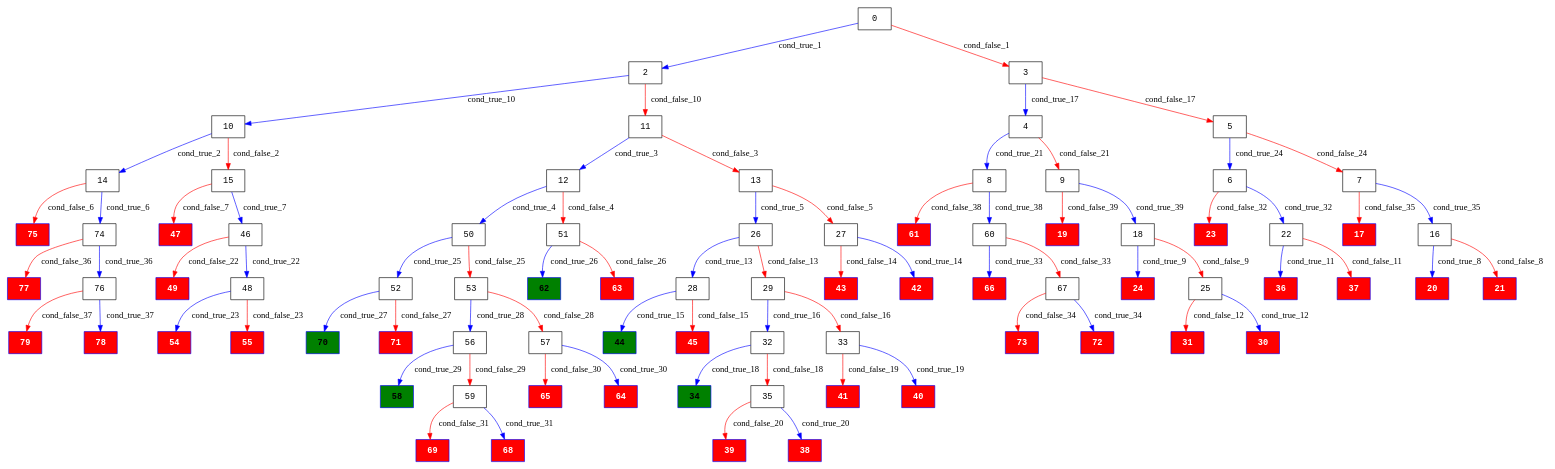
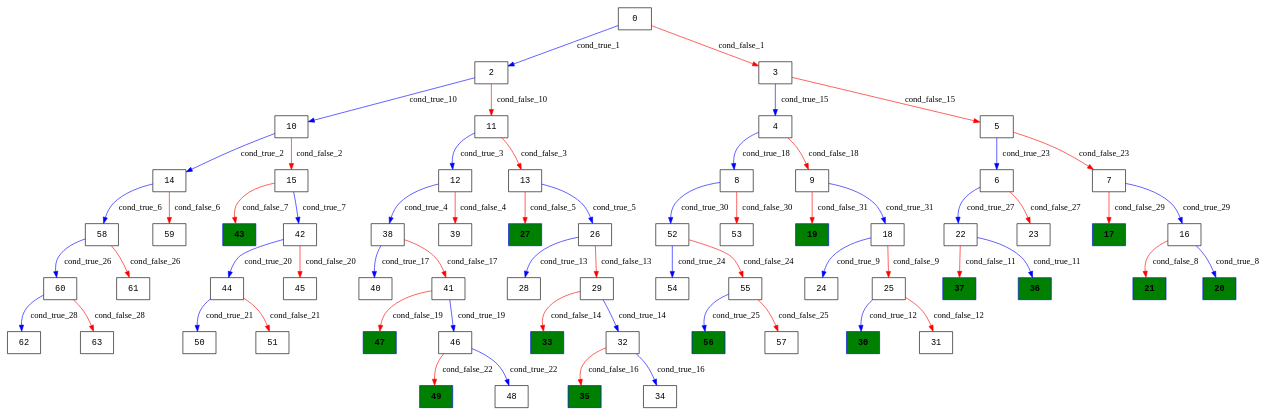
The diagram in klee_results/monotone_binary_int_all_processed/monotone_binary_int_all_execution_tree.dot (Research-Tools-PAVT/PSE-Program-Examples), drawn with Graphviz before and after one commit. The commit also changed 97 other files, not shown here.

```diff
--- a/klee_results/monotone_binary_int_all_processed/monotone_binary_int_all_execution_tree.dot
+++ b/klee_results/monotone_binary_int_all_processed/monotone_binary_int_all_execution_tree.dot
@@ -1,121 +1,79 @@
 digraph ExecutionTree {
 	node [color=black fontname=Courier height=.5 shape=record]
-	70 [color=blue, fillcolor=green, style=filled, fontcolor=black, fontname="Courier-Bold"]
-	62 [color=blue, fillcolor=green, style=filled, fontcolor=black, fontname="Courier-Bold"]
-	58 [color=blue, fillcolor=green, style=filled, fontcolor=black, fontname="Courier-Bold"]
-	44 [color=blue, fillcolor=green, style=filled, fontcolor=black, fontname="Courier-Bold"]
-	34 [color=blue, fillcolor=green, style=filled, fontcolor=black, fontname="Courier-Bold"]
-	17 [color=blue, fillcolor=red, style=filled, fontcolor=white, fontname="Courier-Bold"]
-	54 [color=blue, fillcolor=red, style=filled, fontcolor=white, fontname="Courier-Bold"]
-	24 [color=blue, fillcolor=red, style=filled, fontcolor=white, fontname="Courier-Bold"]
-	79 [color=blue, fillcolor=red, style=filled, fontcolor=white, fontname="Courier-Bold"]
-	20 [color=blue, fillcolor=red, style=filled, fontcolor=white, fontname="Courier-Bold"]
-	77 [color=blue, fillcolor=red, style=filled, fontcolor=white, fontname="Courier-Bold"]
-	75 [color=blue, fillcolor=red, style=filled, fontcolor=white, fontname="Courier-Bold"]
-	73 [color=blue, fillcolor=red, style=filled, fontcolor=white, fontname="Courier-Bold"]
-	71 [color=blue, fillcolor=red, style=filled, fontcolor=white, fontname="Courier-Bold"]
-	69 [color=blue, fillcolor=red, style=filled, fontcolor=white, fontname="Courier-Bold"]
-	72 [color=blue, fillcolor=red, style=filled, fontcolor=white, fontname="Courier-Bold"]
-	65 [color=blue, fillcolor=red, style=filled, fontcolor=white, fontname="Courier-Bold"]
-	63 [color=blue, fillcolor=red, style=filled, fontcolor=white, fontname="Courier-Bold"]
-	61 [color=blue, fillcolor=red, style=filled, fontcolor=white, fontname="Courier-Bold"]
-	68 [color=blue, fillcolor=red, style=filled, fontcolor=white, fontname="Courier-Bold"]
-	36 [color=blue, fillcolor=red, style=filled, fontcolor=white, fontname="Courier-Bold"]
-	64 [color=blue, fillcolor=red, style=filled, fontcolor=white, fontname="Courier-Bold"]
-	55 [color=blue, fillcolor=red, style=filled, fontcolor=white, fontname="Courier-Bold"]
-	49 [color=blue, fillcolor=red, style=filled, fontcolor=white, fontname="Courier-Bold"]
-	47 [color=blue, fillcolor=red, style=filled, fontcolor=white, fontname="Courier-Bold"]
-	45 [color=blue, fillcolor=red, style=filled, fontcolor=white, fontname="Courier-Bold"]
-	43 [color=blue, fillcolor=red, style=filled, fontcolor=white, fontname="Courier-Bold"]
-	41 [color=blue, fillcolor=red, style=filled, fontcolor=white, fontname="Courier-Bold"]
-	39 [color=blue, fillcolor=red, style=filled, fontcolor=white, fontname="Courier-Bold"]
-	66 [color=blue, fillcolor=red, style=filled, fontcolor=white, fontname="Courier-Bold"]
-	37 [color=blue, fillcolor=red, style=filled, fontcolor=white, fontname="Courier-Bold"]
-	38 [color=blue, fillcolor=red, style=filled, fontcolor=white, fontname="Courier-Bold"]
-	40 [color=blue, fillcolor=red, style=filled, fontcolor=white, fontname="Courier-Bold"]
-	31 [color=blue, fillcolor=red, style=filled, fontcolor=white, fontname="Courier-Bold"]
-	42 [color=blue, fillcolor=red, style=filled, fontcolor=white, fontname="Courier-Bold"]
-	30 [color=blue, fillcolor=red, style=filled, fontcolor=white, fontname="Courier-Bold"]
-	23 [color=blue, fillcolor=red, style=filled, fontcolor=white, fontname="Courier-Bold"]
-	21 [color=blue, fillcolor=red, style=filled, fontcolor=white, fontname="Courier-Bold"]
-	19 [color=blue, fillcolor=red, style=filled, fontcolor=white, fontname="Courier-Bold"]
-	78 [color=blue, fillcolor=red, style=filled, fontcolor=white, fontname="Courier-Bold"]
+	56 [color=blue, fillcolor=green, style=filled, fontcolor=black, fontname="Courier-Bold"]
+	49 [color=blue, fillcolor=green, style=filled, fontcolor=black, fontname="Courier-Bold"]
+	47 [color=blue, fillcolor=green, style=filled, fontcolor=black, fontname="Courier-Bold"]
+	43 [color=blue, fillcolor=green, style=filled, fontcolor=black, fontname="Courier-Bold"]
+	37 [color=blue, fillcolor=green, style=filled, fontcolor=black, fontname="Courier-Bold"]
+	36 [color=blue, fillcolor=green, style=filled, fontcolor=black, fontname="Courier-Bold"]
+	35 [color=blue, fillcolor=green, style=filled, fontcolor=black, fontname="Courier-Bold"]
+	33 [color=blue, fillcolor=green, style=filled, fontcolor=black, fontname="Courier-Bold"]
+	30 [color=blue, fillcolor=green, style=filled, fontcolor=black, fontname="Courier-Bold"]
+	27 [color=blue, fillcolor=green, style=filled, fontcolor=black, fontname="Courier-Bold"]
+	21 [color=blue, fillcolor=green, style=filled, fontcolor=black, fontname="Courier-Bold"]
+	20 [color=blue, fillcolor=green, style=filled, fontcolor=black, fontname="Courier-Bold"]
+	19 [color=blue, fillcolor=green, style=filled, fontcolor=black, fontname="Courier-Bold"]
+	17 [color=blue, fillcolor=green, style=filled, fontcolor=black, fontname="Courier-Bold"]
 	0 -> 2 [label=cond_true_1 color=blue]
 	0 -> 3 [label=cond_false_1 color=red]
 	2 -> 10 [label=cond_true_10 color=blue]
 	2 -> 11 [label=cond_false_10 color=red]
-	3 -> 4 [label=cond_true_17 color=blue]
-	3 -> 5 [label=cond_false_17 color=red]
+	3 -> 4 [label=cond_true_15 color=blue]
+	3 -> 5 [label=cond_false_15 color=red]
 	10 -> 14 [label=cond_true_2 color=blue]
 	10 -> 15 [label=cond_false_2 color=red]
-	14 -> 74 [label=cond_true_6 color=blue]
-	14 -> 75 [label=cond_false_6 color=red]
-	15 -> 46 [label=cond_true_7 color=blue]
-	15 -> 47 [label=cond_false_7 color=red]
+	14 -> 58 [label=cond_true_6 color=blue]
+	14 -> 59 [label=cond_false_6 color=red]
+	15 -> 42 [label=cond_true_7 color=blue]
+	15 -> 43 [label=cond_false_7 color=red]
 	11 -> 12 [label=cond_true_3 color=blue]
 	11 -> 13 [label=cond_false_3 color=red]
-	12 -> 50 [label=cond_true_4 color=blue]
-	12 -> 51 [label=cond_false_4 color=red]
+	12 -> 38 [label=cond_true_4 color=blue]
+	12 -> 39 [label=cond_false_4 color=red]
 	13 -> 26 [label=cond_true_5 color=blue]
 	13 -> 27 [label=cond_false_5 color=red]
-	50 -> 52 [label=cond_true_25 color=blue]
-	50 -> 53 [label=cond_false_25 color=red]
-	51 -> 62 [label=cond_true_26 color=blue]
-	51 -> 63 [label=cond_false_26 color=red]
+	38 -> 40 [label=cond_true_17 color=blue]
+	38 -> 41 [label=cond_false_17 color=red]
 	26 -> 28 [label=cond_true_13 color=blue]
 	26 -> 29 [label=cond_false_13 color=red]
-	27 -> 42 [label=cond_true_14 color=blue]
-	27 -> 43 [label=cond_false_14 color=red]
-	74 -> 76 [label=cond_true_36 color=blue]
-	74 -> 77 [label=cond_false_36 color=red]
-	46 -> 48 [label=cond_true_22 color=blue]
-	46 -> 49 [label=cond_false_22 color=red]
+	58 -> 60 [label=cond_true_26 color=blue]
+	58 -> 61 [label=cond_false_26 color=red]
+	42 -> 44 [label=cond_true_20 color=blue]
+	42 -> 45 [label=cond_false_20 color=red]
 	16 -> 20 [label=cond_true_8 color=blue]
 	16 -> 21 [label=cond_false_8 color=red]
 	18 -> 24 [label=cond_true_9 color=blue]
 	18 -> 25 [label=cond_false_9 color=red]
 	25 -> 30 [label=cond_true_12 color=blue]
 	25 -> 31 [label=cond_false_12 color=red]
 	22 -> 36 [label=cond_true_11 color=blue]
 	22 -> 37 [label=cond_false_11 color=red]
-	28 -> 44 [label=cond_true_15 color=blue]
-	28 -> 45 [label=cond_false_15 color=red]
-	29 -> 32 [label=cond_true_16 color=blue]
-	29 -> 33 [label=cond_false_16 color=red]
-	32 -> 34 [label=cond_true_18 color=blue]
-	32 -> 35 [label=cond_false_18 color=red]
-	33 -> 40 [label=cond_true_19 color=blue]
-	33 -> 41 [label=cond_false_19 color=red]
-	4 -> 8 [label=cond_true_21 color=blue]
-	4 -> 9 [label=cond_false_21 color=red]
-	5 -> 6 [label=cond_true_24 color=blue]
-	5 -> 7 [label=cond_false_24 color=red]
-	35 -> 38 [label=cond_true_20 color=blue]
-	35 -> 39 [label=cond_false_20 color=red]
-	8 -> 60 [label=cond_true_38 color=blue]
-	8 -> 61 [label=cond_false_38 color=red]
-	9 -> 18 [label=cond_true_39 color=blue]
-	9 -> 19 [label=cond_false_39 color=red]
-	48 -> 54 [label=cond_true_23 color=blue]
-	48 -> 55 [label=cond_false_23 color=red]
-	6 -> 22 [label=cond_true_32 color=blue]
-	6 -> 23 [label=cond_false_32 color=red]
-	7 -> 16 [label=cond_true_35 color=blue]
-	7 -> 17 [label=cond_false_35 color=red]
-	52 -> 70 [label=cond_true_27 color=blue]
-	52 -> 71 [label=cond_false_27 color=red]
-	53 -> 56 [label=cond_true_28 color=blue]
-	53 -> 57 [label=cond_false_28 color=red]
-	56 -> 58 [label=cond_true_29 color=blue]
-	56 -> 59 [label=cond_false_29 color=red]
-	57 -> 64 [label=cond_true_30 color=blue]
-	57 -> 65 [label=cond_false_30 color=red]
-	59 -> 68 [label=cond_true_31 color=blue]
-	59 -> 69 [label=cond_false_31 color=red]
-	60 -> 66 [label=cond_true_33 color=blue]
-	60 -> 67 [label=cond_false_33 color=red]
-	67 -> 72 [label=cond_true_34 color=blue]
-	67 -> 73 [label=cond_false_34 color=red]
-	76 -> 78 [label=cond_true_37 color=blue]
-	76 -> 79 [label=cond_false_37 color=red]
+	29 -> 32 [label=cond_true_14 color=blue]
+	29 -> 33 [label=cond_false_14 color=red]
+	32 -> 34 [label=cond_true_16 color=blue]
+	32 -> 35 [label=cond_false_16 color=red]
+	4 -> 8 [label=cond_true_18 color=blue]
+	4 -> 9 [label=cond_false_18 color=red]
+	5 -> 6 [label=cond_true_23 color=blue]
+	5 -> 7 [label=cond_false_23 color=red]
+	41 -> 46 [label=cond_true_19 color=blue]
+	41 -> 47 [label=cond_false_19 color=red]
+	8 -> 52 [label=cond_true_30 color=blue]
+	8 -> 53 [label=cond_false_30 color=red]
+	9 -> 18 [label=cond_true_31 color=blue]
+	9 -> 19 [label=cond_false_31 color=red]
+	46 -> 48 [label=cond_true_22 color=blue]
+	46 -> 49 [label=cond_false_22 color=red]
+	44 -> 50 [label=cond_true_21 color=blue]
+	44 -> 51 [label=cond_false_21 color=red]
+	6 -> 22 [label=cond_true_27 color=blue]
+	6 -> 23 [label=cond_false_27 color=red]
+	7 -> 16 [label=cond_true_29 color=blue]
+	7 -> 17 [label=cond_false_29 color=red]
+	52 -> 54 [label=cond_true_24 color=blue]
+	52 -> 55 [label=cond_false_24 color=red]
+	55 -> 56 [label=cond_true_25 color=blue]
+	55 -> 57 [label=cond_false_25 color=red]
+	60 -> 62 [label=cond_true_28 color=blue]
+	60 -> 63 [label=cond_false_28 color=red]
 }
```
